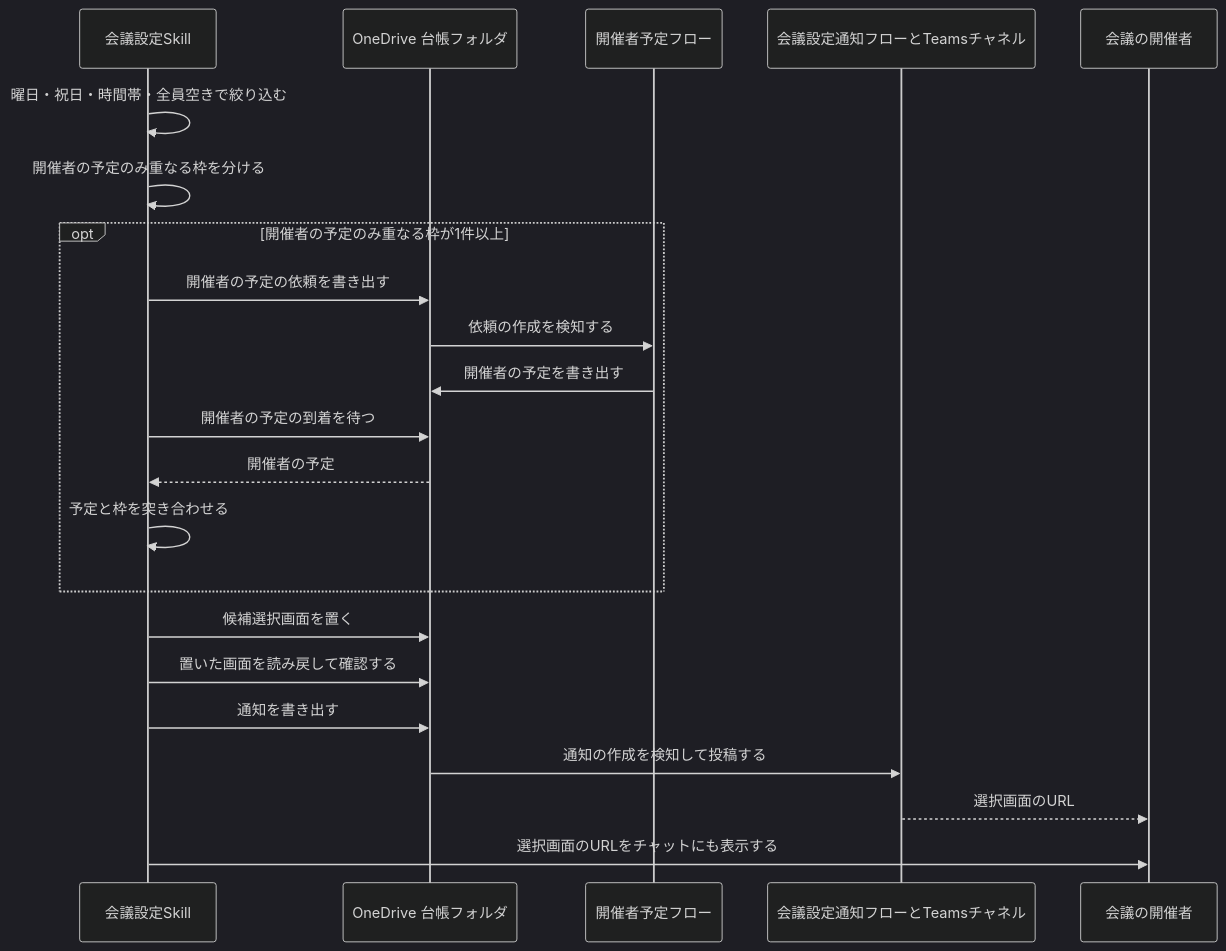
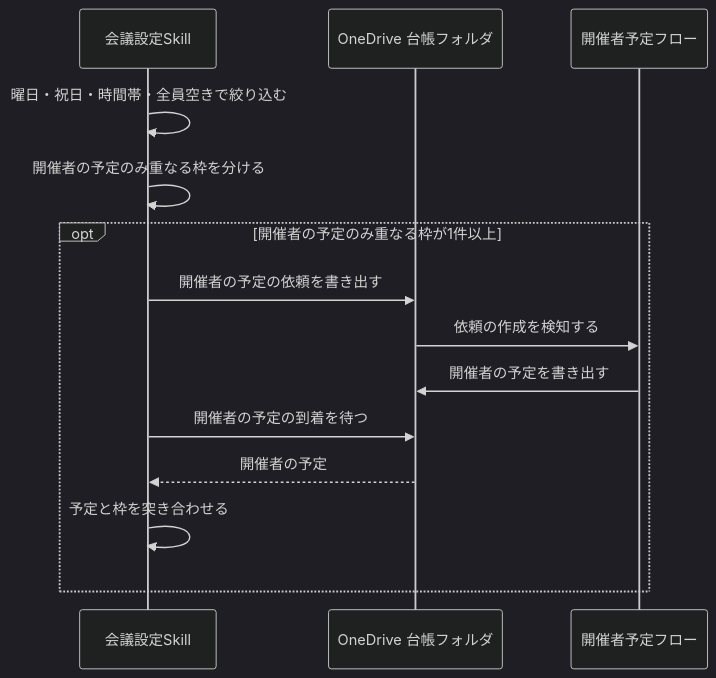
One commit to dnode-ryosuke-yamazaki/study changed the second of 12 diagrams in apps/meeting-setup-automation/specs/meeting-scheduling/design.md. Above: the diagram before and after it, drawn with Mermaid (dark theme). The commit also changed other lines of this file and 4 other files, not shown here.

First line of the commit message:
docs(meeting-setup-automation): 開催者の予定のみ重なる枠の仕様レビュー指摘を反映し、architecture.md を層分けの新形式にする

````diff
--- a/apps/meeting-setup-automation/specs/meeting-scheduling/design.md
+++ b/apps/meeting-setup-automation/specs/meeting-scheduling/design.md
@@ -97,25 +100,17 @@
 ```mermaid
 sequenceDiagram
     participant S as 会議設定Skill
     participant D as OneDrive 台帳フォルダ
     participant F3 as 開催者予定フロー
-    participant N as 会議設定通知フローとTeamsチャネル
-    participant O as 会議の開催者
 
     S->>S: 曜日・祝日・時間帯・全員空きで絞り込む
     S->>S: 開催者の予定のみ重なる枠を分ける
     opt 開催者の予定のみ重なる枠が1件以上
         S->>D: 開催者の予定の依頼を書き出す
         D->>F3: 依頼の作成を検知する
         F3->>D: 開催者の予定を書き出す
         S->>D: 開催者の予定の到着を待つ
         D-->>S: 開催者の予定
         S->>S: 予定と枠を突き合わせる
     end
-    S->>D: 候補選択画面を置く
-    S->>D: 置いた画面を読み戻して確認する
-    S->>D: 通知を書き出す
-    D->>N: 通知の作成を検知して投稿する
-    N-->>O: 選択画面のURL
-    S->>O: 選択画面のURLをチャットにも表示する
 ```
````
